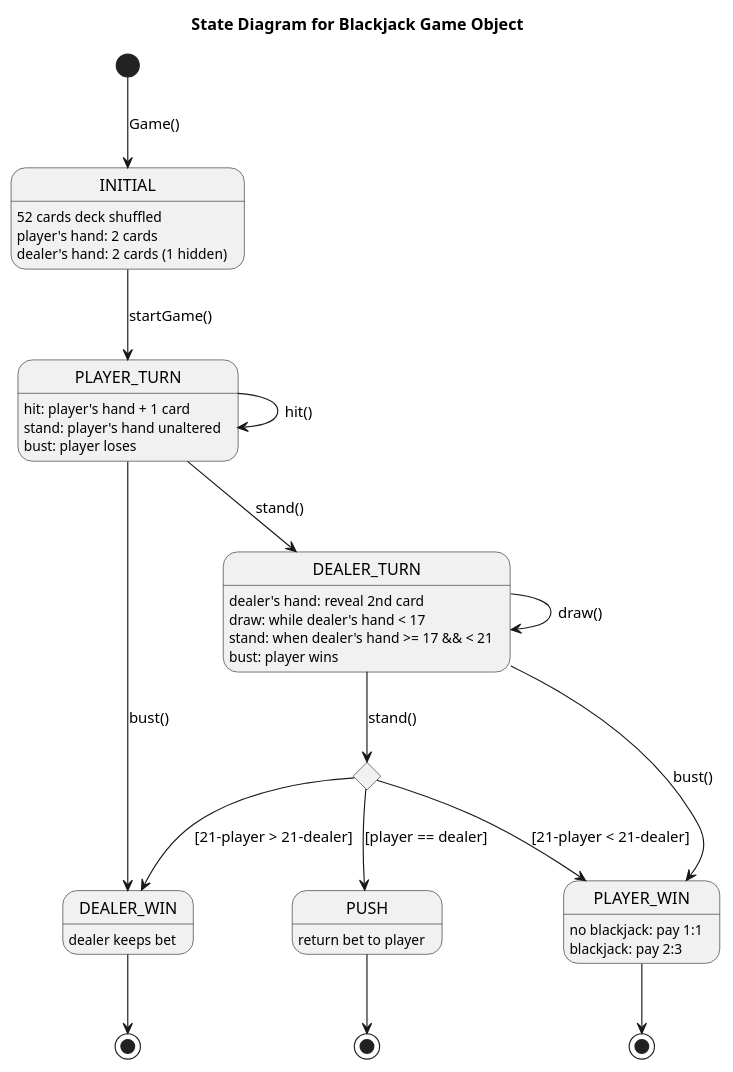
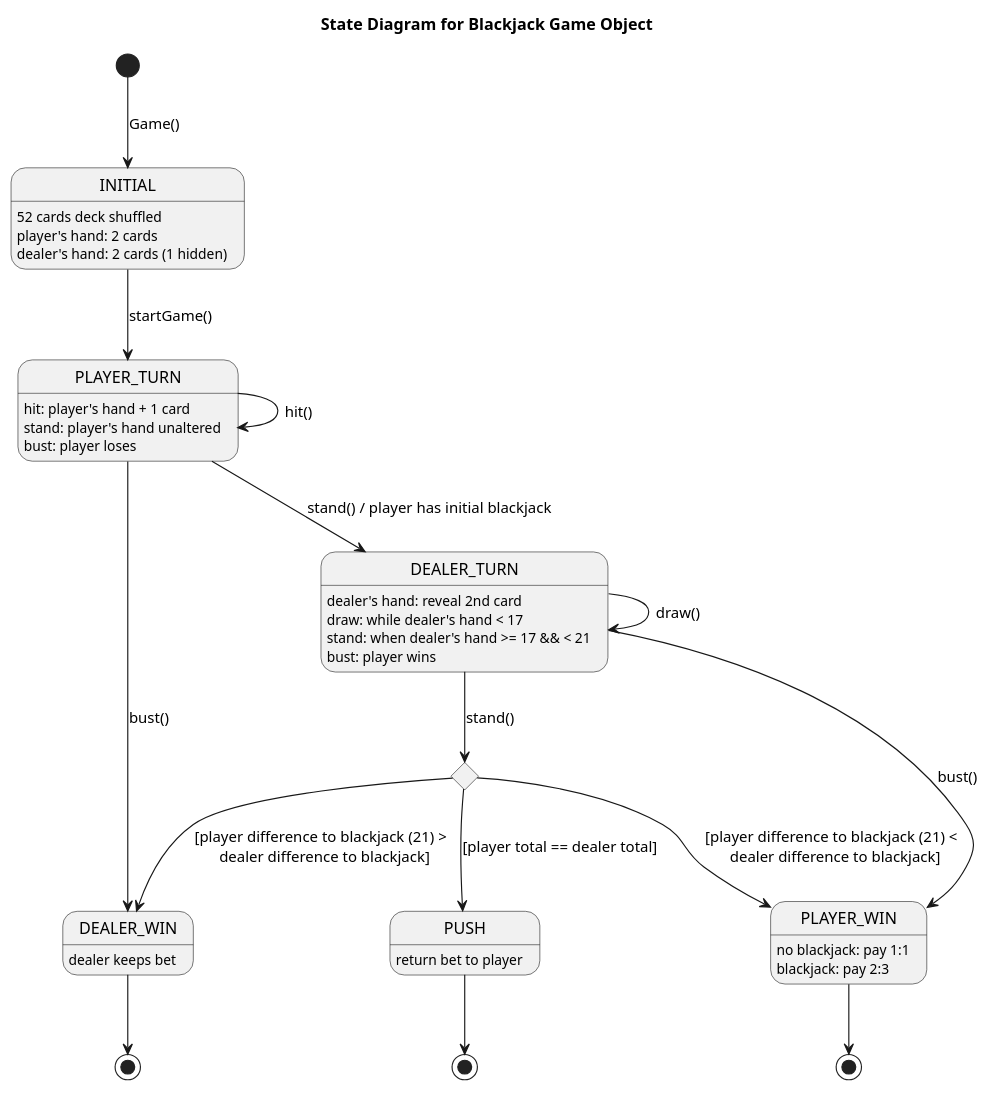
Before and after one commit to voelkerh/Blackjack: the diagram in docs/uml/state_diagram.puml, drawn with PlantUML.

Commit message:
Revise state diagram

```diff
--- a/docs/uml/state_diagram.puml
+++ b/docs/uml/state_diagram.puml
@@ -1,56 +1,56 @@
 @startuml
 title State Diagram for Blackjack Game Object
 state "INITIAL" as in {
     in: 52 cards deck shuffled
     in: player's hand: 2 cards
     in: dealer's hand: 2 cards (1 hidden)
 }
 
 state "PLAYER_TURN" as pt {
     pt: hit: player's hand + 1 card
     pt: stand: player's hand unaltered
     pt: bust: player loses
 }
 
 state "DEALER_TURN" as dt {
     dt: dealer's hand: reveal 2nd card
     dt: draw: while dealer's hand < 17
     dt: stand: when dealer's hand >= 17 && < 21
     dt: bust: player wins
 }
 
 state evaluate <<choice>>
 
 state "DEALER_WIN" as dw {
     dw: dealer keeps bet
 }
 
 state "PLAYER_WIN" as pw {
     pw: no blackjack: pay 1:1
     pw: blackjack: pay 2:3
 }
 
 state "PUSH" as pu {
     pu: return bet to player
 }
 
 state pw_end <<end>>
 state dw_end <<end>>
 state push_end <<end>>
 
 [*] --> in : Game()
 in --> pt : startGame()
 pt --> pt: hit()
-pt --> dt : stand()
+pt --> dt : stand() / player has initial blackjack
 pt --> dw : bust()
 pw --> pw_end
 dt --> dt : draw()
 dt --> pw : bust()
 dt --> evaluate : stand()
-evaluate --> dw : [21-player > 21-dealer]
-evaluate --> pw : [21-player < 21-dealer]
-evaluate --> pu : [player == dealer]
+evaluate --> dw : [player difference to blackjack (21) > \n dealer difference to blackjack]
+evaluate --> pw : [player difference to blackjack (21) < \n dealer difference to blackjack]
+evaluate --> pu : [player total == dealer total]
 dw --> dw_end
 pu --> push_end
 
 @enduml
```
